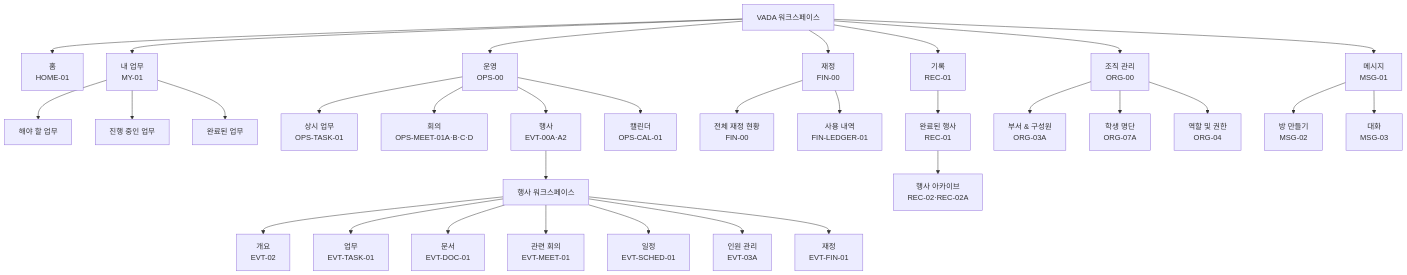
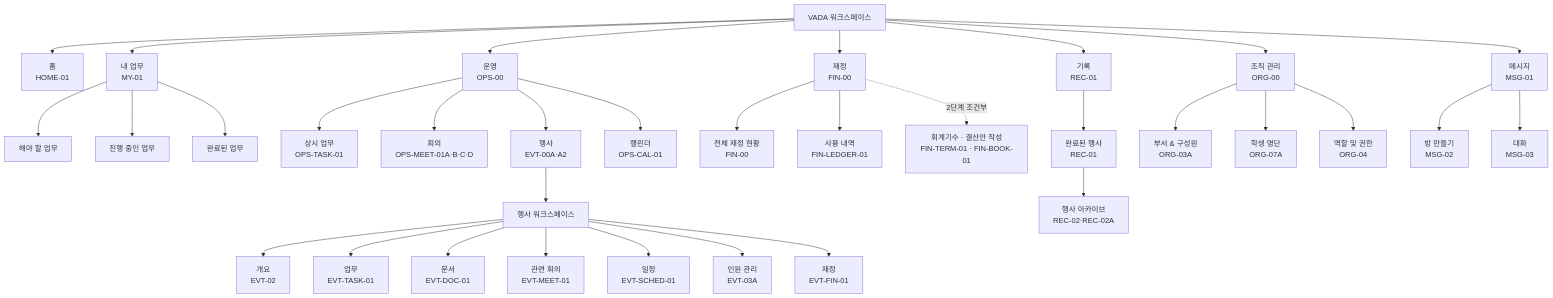
Before and after one commit to vada-hq/vada: the first of 4 diagrams in docs/VADA_MENU_STRUCTURE.md, drawn with Mermaid. The commit also changed other lines of this file and 14 other files, not shown here.

````diff
--- a/docs/VADA_MENU_STRUCTURE.md
+++ b/docs/VADA_MENU_STRUCTURE.md
@@ -22,43 +24,44 @@
 ```mermaid
 flowchart TB
     V["VADA 워크스페이스"]
 
     V --> H["홈<br/>HOME-01"]
     V --> M["내 업무<br/>MY-01"]
     V --> O["운영<br/>OPS-00"]
     V --> F["재정<br/>FIN-00"]
     V --> R["기록<br/>REC-01"]
     V --> G["조직 관리<br/>ORG-00"]
     V --> S["메시지<br/>MSG-01"]
 
     M --> M1["해야 할 업무"]
     M --> M2["진행 중인 업무"]
     M --> M3["완료된 업무"]
 
     O --> O1["상시 업무<br/>OPS-TASK-01"]
     O --> O2["회의<br/>OPS-MEET-01A·B·C·D"]
     O --> O3["행사<br/>EVT-00A·A2"]
     O --> O4["캘린더<br/>OPS-CAL-01"]
 
     O3 --> E0["행사 워크스페이스"]
     E0 --> E1["개요<br/>EVT-02"]
     E0 --> E2["업무<br/>EVT-TASK-01"]
     E0 --> E3["문서<br/>EVT-DOC-01"]
     E0 --> E4["관련 회의<br/>EVT-MEET-01"]
     E0 --> E5["일정<br/>EVT-SCHED-01"]
     E0 --> E6["인원 관리<br/>EVT-03A"]
     E0 --> E7["재정<br/>EVT-FIN-01"]
 
     F --> F1["전체 재정 현황<br/>FIN-00"]
     F --> F3["사용 내역<br/>FIN-LEDGER-01"]
+    F -.->|"2단계 조건부"| F4["회계기수 · 결산안 작성<br/>FIN-TERM-01 · FIN-BOOK-01"]
 
     R --> R1["완료된 행사<br/>REC-01"]
     R1 --> R2["행사 아카이브<br/>REC-02·REC-02A"]
 
     G --> G1["부서 & 구성원<br/>ORG-03A"]
     G --> G2["학생 명단<br/>ORG-07A"]
     G --> G3["역할 및 권한<br/>ORG-04"]
 
     S --> S1["방 만들기<br/>MSG-02"]
     S --> S2["대화<br/>MSG-03"]
 ```
````
